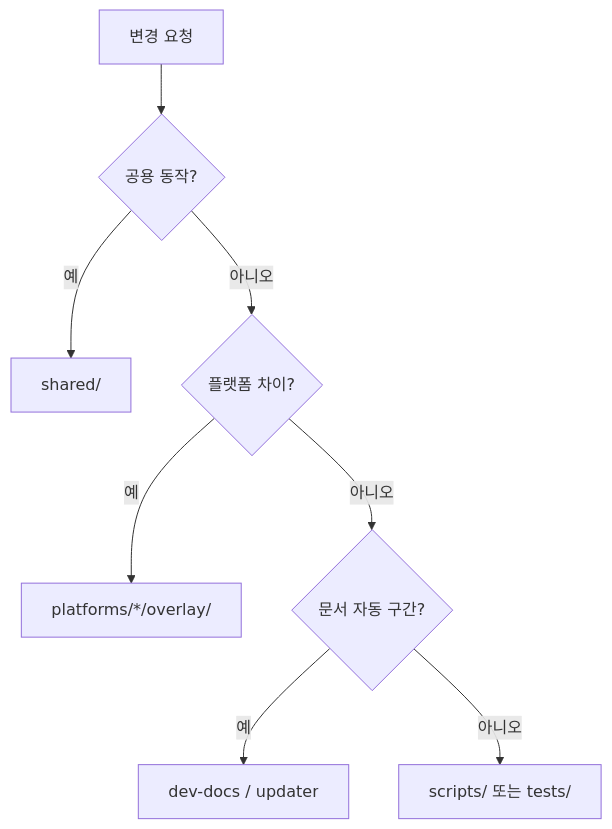
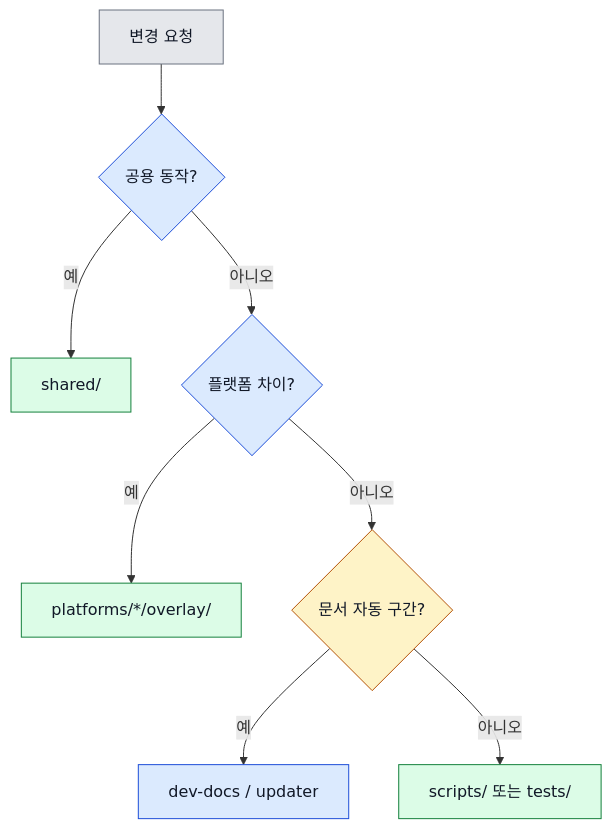
Before and after one commit to Jimmy-Jung/ai-symbiote: the diagram in docs/05-코딩-컨벤션.md, drawn with Mermaid. The commit also changed 10 other files, not shown here.

Commit message:
docs(mermaid): 다이어그램 대비 색상 개선

````diff
--- a/docs/05-코딩-컨벤션.md
+++ b/docs/05-코딩-컨벤션.md
@@ -8,10 +8,19 @@
 ```mermaid
 flowchart TD
     A["변경 요청"] --> B{"공용 동작?"}
     B -->|"예"| C["shared/"]
     B -->|"아니오"| D{"플랫폼 차이?"}
     D -->|"예"| E["platforms/*/overlay/"]
     D -->|"아니오"| F{"문서 자동 구간?"}
     F -->|"예"| G["dev-docs / updater"]
     F -->|"아니오"| H["scripts/ 또는 tests/"]
+
+    style A fill:#e5e7eb,stroke:#6b7280,color:#111827
+    style B fill:#dbeafe,stroke:#1d4ed8,color:#111827
+    style C fill:#dcfce7,stroke:#15803d,color:#111827
+    style D fill:#dbeafe,stroke:#1d4ed8,color:#111827
+    style E fill:#dcfce7,stroke:#15803d,color:#111827
+    style F fill:#fef3c7,stroke:#b45309,color:#111827
+    style G fill:#dbeafe,stroke:#1d4ed8,color:#111827
+    style H fill:#dcfce7,stroke:#15803d,color:#111827
 ```
````
